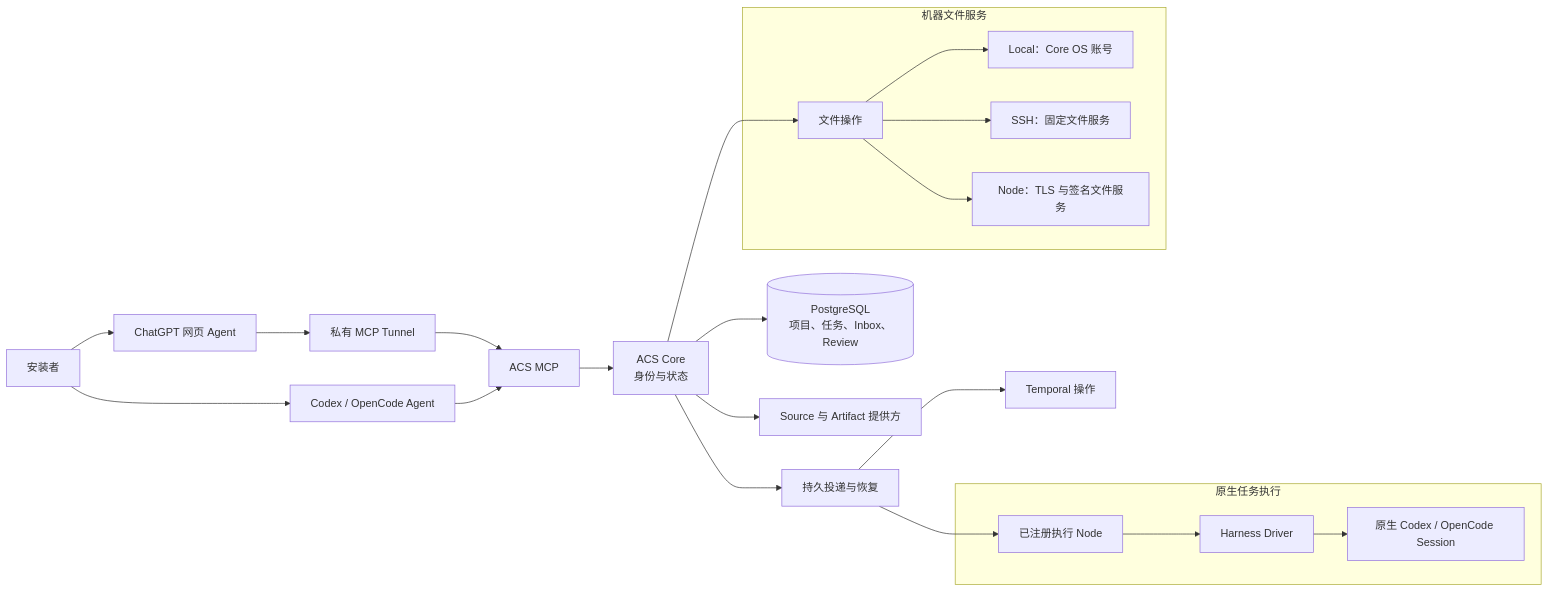
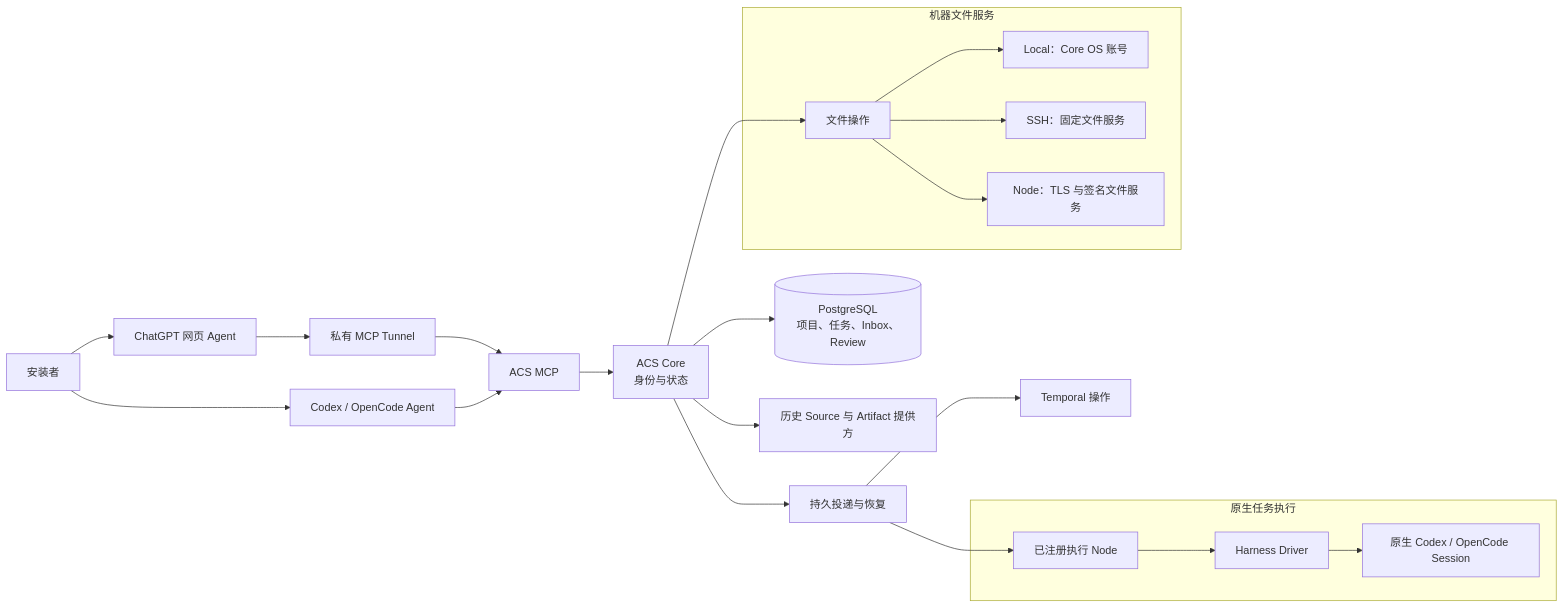
The second of 3 diagrams in README.zh-CN.md (D1ChangGeng/Agent-collaboration), drawn with Mermaid before and after one commit. The commit also changed other lines of this file and 43 other files, not shown here.

````diff
--- a/README.zh-CN.md
+++ b/README.zh-CN.md
@@ -110,24 +119,24 @@
 ```mermaid
 flowchart LR
     U[安装者] --> H[Codex / OpenCode Agent]
     U --> W[ChatGPT 网页 Agent]
     W --> T[私有 MCP Tunnel]
     T --> M[ACS MCP]
     H --> M
     M --> D[ACS Core<br/>身份与状态]
     D --> P[(PostgreSQL<br/>项目、任务、Inbox、Review)]
     D --> O[持久投递与恢复]
     O --> Q[Temporal 操作]
     subgraph E[原生任务执行]
         N[已注册执行 Node] --> HD[Harness Driver]
         HD --> NS[原生 Codex / OpenCode Session]
     end
     O --> N
     subgraph F[机器文件服务]
         FS[文件操作] --> L[Local：Core OS 账号]
         FS --> SSH[SSH：固定文件服务]
         FS --> NF[Node：TLS 与签名文件服务]
     end
     D --> FS
-    D --> S[Source 与 Artifact 提供方]
+    D --> S[历史 Source 与 Artifact 提供方]
 ```
````
